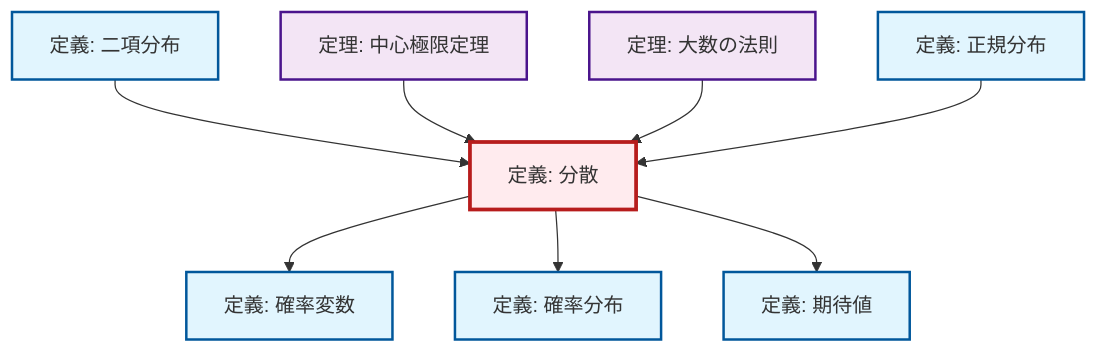
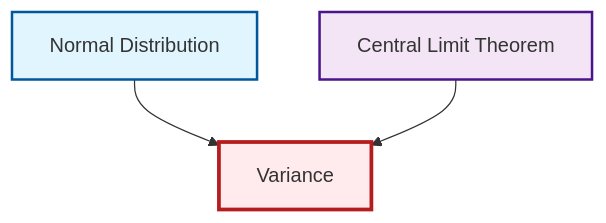
Before and after one commit to RK0429/ModernMath: the second of 2 diagrams in content/ja/probability-statistics/def-variance.qmd, drawn with Mermaid. The commit also changed 328 other files, not shown here.

````diff
--- a/content/ja/probability-statistics/def-variance.qmd
+++ b/content/ja/probability-statistics/def-variance.qmd
@@ -103,32 +103,17 @@
 ```{mermaid}
 %%| fig-cap: "ローカル依存関係グラフ"
 graph TD
     classDef definition fill:#e1f5fe,stroke:#01579b,stroke-width:2px
     classDef theorem fill:#f3e5f5,stroke:#4a148c,stroke-width:2px
     classDef axiom fill:#fff3e0,stroke:#e65100,stroke-width:2px
     classDef example fill:#e8f5e9,stroke:#1b5e20,stroke-width:2px
     classDef current fill:#ffebee,stroke:#b71c1c,stroke-width:3px
-    def-normal-distribution["定義: 正規分布"]:::definition
-    def-binomial-distribution["定義: 二項分布"]:::definition
-    thm-law-of-large-numbers["定理: 大数の法則"]:::theorem
-    def-expectation["定義: 期待値"]:::definition
-    def-probability-distribution["定義: 確率分布"]:::definition
-    thm-central-limit["定理: 中心極限定理"]:::theorem
-    def-variance["定義: 分散"]:::definition
-    def-random-variable["定義: 確率変数"]:::definition
-    def-variance --> def-random-variable
-    def-variance --> def-probability-distribution
-    def-binomial-distribution --> def-variance
+    def-normal-distribution["Normal Distribution"]:::definition
+    def-variance["Variance"]:::definition
+    thm-central-limit["Central Limit Theorem"]:::theorem
+    def-normal-distribution --> def-variance
     thm-central-limit --> def-variance
-    thm-law-of-large-numbers --> def-variance
-    def-variance --> def-expectation
-    def-normal-distribution --> def-variance
     class def-variance current
-    click def-normal-distribution "def-normal-distribution.html" "正規分布の定義へ"
-    click def-binomial-distribution "def-binomial-distribution.html" "二項分布の定義へ"
-    click thm-law-of-large-numbers "thm-law-of-large-numbers.html" "大数の法則の定理へ"
-    click def-expectation "def-expectation.html" "期待値の定義へ"
-    click def-probability-distribution "def-probability-distribution.html" "確率分布の定義へ"
-    click thm-central-limit "thm-central-limit.html" "中心極限定理の定理へ"
-    click def-random-variable "def-random-variable.html" "確率変数の定義へ"
+    click def-normal-distribution "def-normal-distribution.html" "Normal Distributionへ"
+    click thm-central-limit "thm-central-limit.html" "Central Limit Theoremへ"
 ```
````
